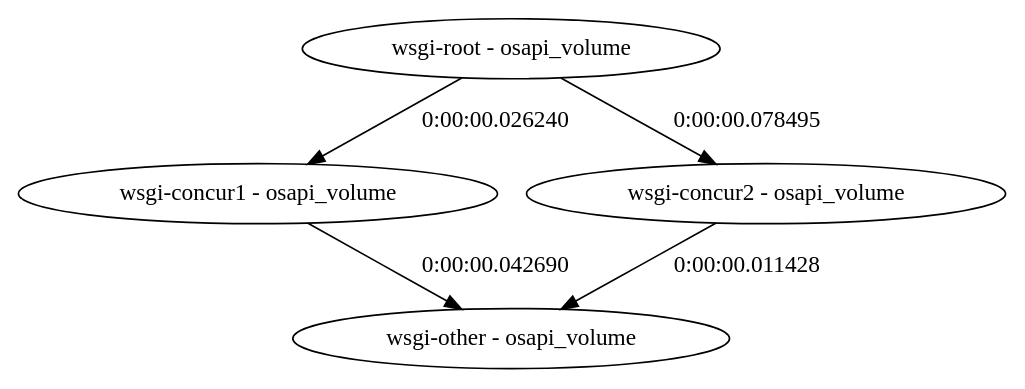
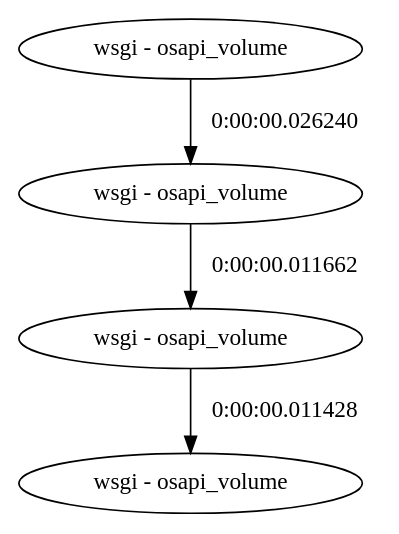
Before and after one commit to lkatalin/Categorization: the diagram in samples/0ecb71d7-0105-4423-8459-2a0eb641a4b6.dot, drawn with Graphviz.

Commit message:
correct 0ecb dot

```diff
--- a/samples/0ecb71d7-0105-4423-8459-2a0eb641a4b6.dot
+++ b/samples/0ecb71d7-0105-4423-8459-2a0eb641a4b6.dot
@@ -1,11 +1,10 @@
- # 1 R: 0.000000 usecs 
-Digraph X {
-	ae10fbb8536eb4c1fa2938d04d4e466aa [label="wsgi-root - osapi_volume"]
-	a9889cc223cb54c0192f749a0151b5d57 [label="wsgi-concur1 - osapi_volume"]
-	ad09455c56efc4225b311fd9d6225e355 [label="wsgi-concur2 - osapi_volume"]
-	ad8eaf330c3f148a1859ec2ac637be38b [label="wsgi-other - osapi_volume"]
+ # 1 R: 483 usecs 
+Digraph {
+	ae10fbb8536eb4c1fa2938d04d4e466aa [label="wsgi - osapi_volume"]
+	a9889cc223cb54c0192f749a0151b5d57 [label="wsgi - osapi_volume"]
+	ad09455c56efc4225b311fd9d6225e355 [label="wsgi - osapi_volume"]
+	ad8eaf330c3f148a1859ec2ac637be38b [label="wsgi - osapi_volume"]
 	ae10fbb8536eb4c1fa2938d04d4e466aa -> a9889cc223cb54c0192f749a0151b5d57 [label="0:00:00.026240"]
-	ae10fbb8536eb4c1fa2938d04d4e466aa -> ad09455c56efc4225b311fd9d6225e355 [label="0:00:00.078495"]
-	a9889cc223cb54c0192f749a0151b5d57 -> ad8eaf330c3f148a1859ec2ac637be38b [label="0:00:00.042690"]
+	a9889cc223cb54c0192f749a0151b5d57 -> ad09455c56efc4225b311fd9d6225e355 [label="0:00:00.011662"]
 	ad09455c56efc4225b311fd9d6225e355 -> ad8eaf330c3f148a1859ec2ac637be38b [label="0:00:00.011428"]
 }
```
